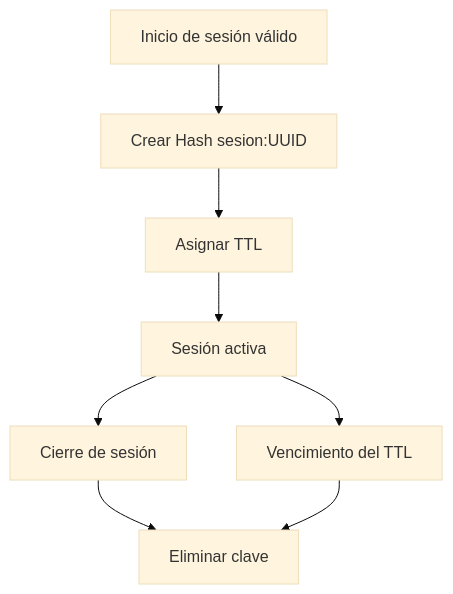
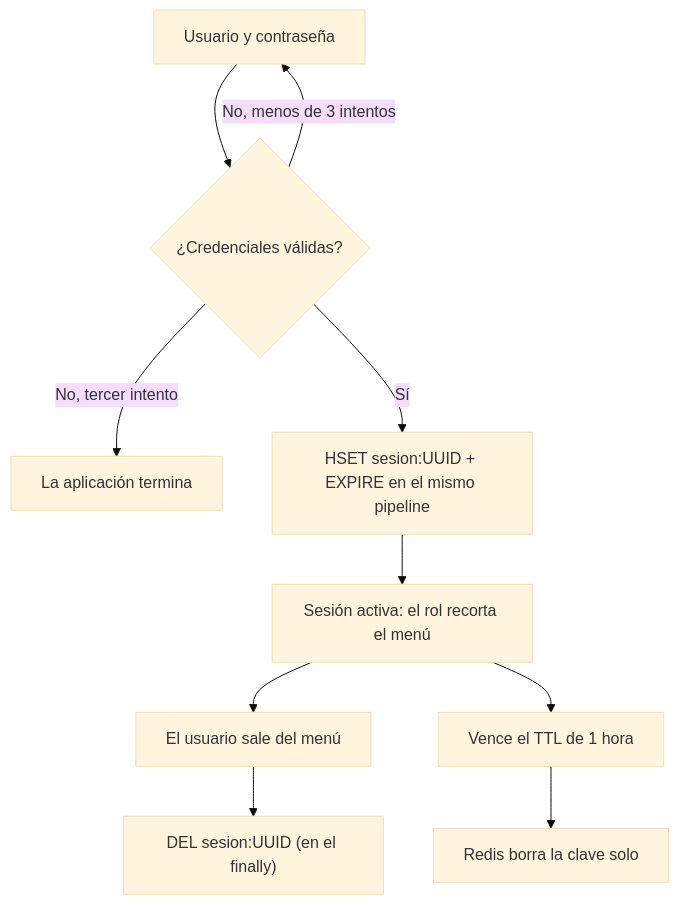
The third of 6 diagrams in docs/diagramas.md (Thiago-Alm/tp_logistica), drawn with Mermaid (base theme) before and after one commit. The commit also changed other lines of this file and 1 other file, not shown here.

Commit message:
Actualiza diagramas y modelos de Redis y Neo4j a lo implementado

````diff
--- a/docs/diagramas.md
+++ b/docs/diagramas.md
@@ -42,10 +43,12 @@
 ```mermaid
 flowchart TD
-    I[Inicio de sesión válido] --> H["Crear Hash sesion:UUID"]
-    H --> T[Asignar TTL]
-    T --> A[Sesión activa]
-    A --> C[Cierre de sesión]
-    A --> V[Vencimiento del TTL]
-    C --> D[Eliminar clave]
-    V --> D
+    L[Usuario y contraseña] --> V{¿Credenciales válidas?}
+    V -->|No, menos de 3 intentos| L
+    V -->|No, tercer intento| X[La aplicación termina]
+    V -->|Sí| H["HSET sesion:UUID + EXPIRE en el mismo pipeline"]
+    H --> A[Sesión activa: el rol recorta el menú]
+    A --> C[El usuario sale del menú]
+    A --> T[Vence el TTL de 1 hora]
+    C --> D["DEL sesion:UUID (en el finally)"]
+    T --> R[Redis borra la clave solo]
 ```
````
